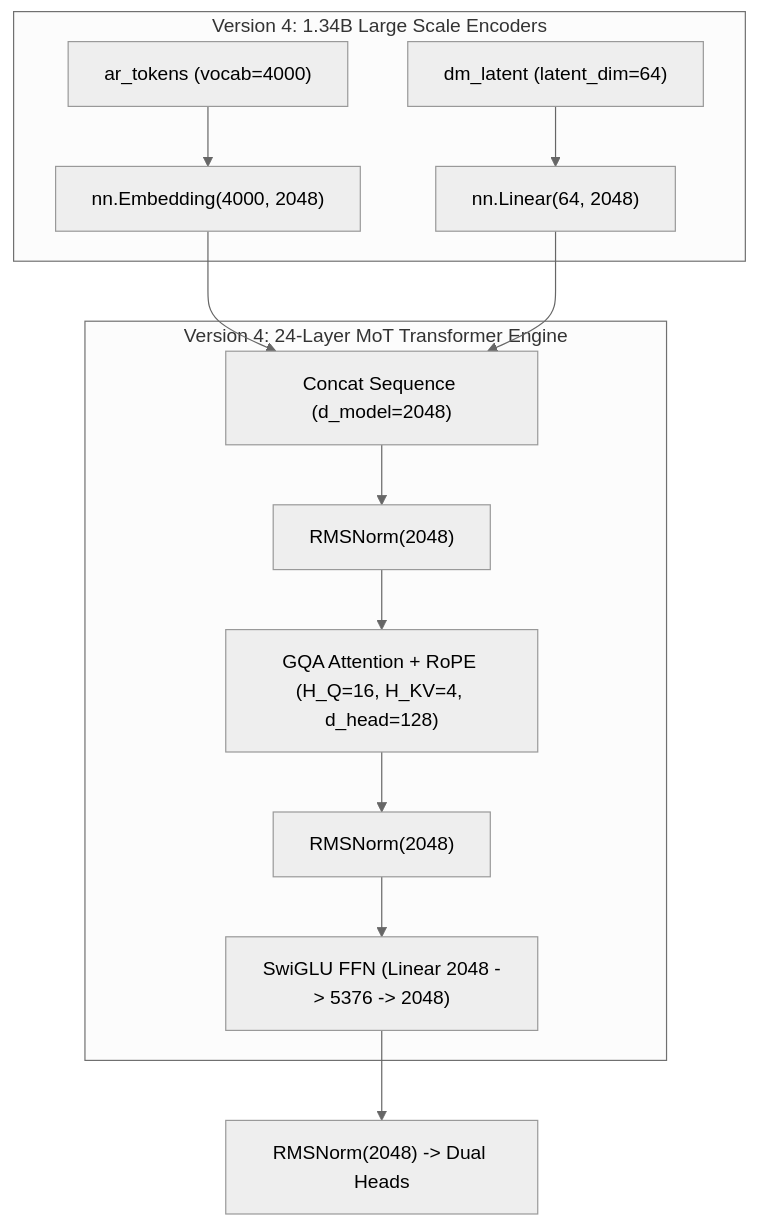
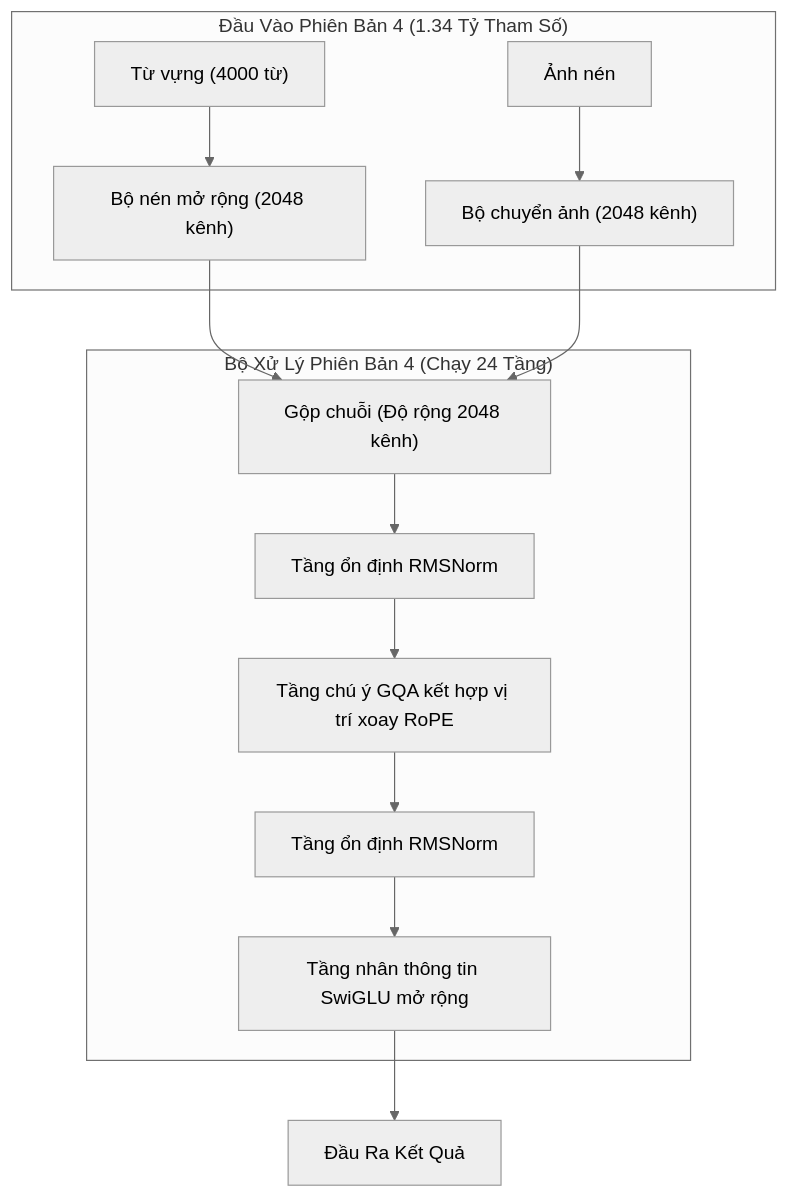
Before and after one commit to datascience180806/mini_cosmos: the fifth of 8 diagrams in VERSION_COMPARISON.md, drawn with Mermaid (neutral theme). The commit also changed other lines of this file, not shown here.

Commit message:
Simplify language in VERSION_COMPARISON.md by replacing math formulas and technical terms with clear, intuitive Vietnamese concepts

````diff
--- a/VERSION_COMPARISON.md
+++ b/VERSION_COMPARISON.md
@@ -147,19 +151,19 @@
 ```mermaid
 flowchart TD
-    subgraph V4_INPUTS["Version 4: 1.34B Large Scale Encoders"]
-        V4_AR["ar_tokens (vocab=4000)"] --> V4_EMB["nn.Embedding(4000, 2048)"]
-        V4_DM["dm_latent (latent_dim=64)"] --> V4_PROJ["nn.Linear(64, 2048)"]
+    subgraph V4_INPUTS["Đầu Vào Phiên Bản 4 (1.34 Tỷ Tham Số)"]
+        V4_AR["Từ vựng (4000 từ)"] --> V4_EMB["Bộ nén mở rộng (2048 kênh)"]
+        V4_DM["Ảnh nén"] --> V4_PROJ["Bộ chuyển ảnh (2048 kênh)"]
     end
 
-    V4_EMB --> V4_CAT["Concat Sequence (d_model=2048)"]
+    V4_EMB --> V4_CAT["Gộp chuỗi (Độ rộng 2048 kênh)"]
     V4_PROJ --> V4_CAT
 
-    subgraph V4_BLOCKS["Version 4: 24-Layer MoT Transformer Engine"]
-        V4_CAT --> V4_RMS1["RMSNorm(2048)"]
-        V4_RMS1 --> V4_GQA["GQA Attention + RoPE (H_Q=16, H_KV=4, d_head=128)"]
-        V4_GQA --> V4_RMS2["RMSNorm(2048)"]
-        V4_RMS2 --> V4_SWIGLU["SwiGLU FFN (Linear 2048 -> 5376 -> 2048)"]
+    subgraph V4_BLOCKS["Bộ Xử Lý Phiên Bản 4 (Chạy 24 Tầng)"]
+        V4_CAT --> V4_RMS1["Tầng ổn định RMSNorm"]
+        V4_RMS1 --> V4_GQA["Tầng chú ý GQA kết hợp vị trí xoay RoPE"]
+        V4_GQA --> V4_RMS2["Tầng ổn định RMSNorm"]
+        V4_RMS2 --> V4_SWIGLU["Tầng nhân thông tin SwiGLU mở rộng"]
     end
 
-    V4_SWIGLU --> V4_OUT["RMSNorm(2048) -> Dual Heads"]
+    V4_SWIGLU --> V4_OUT["Đầu Ra Kết Quả"]
 ```
````
